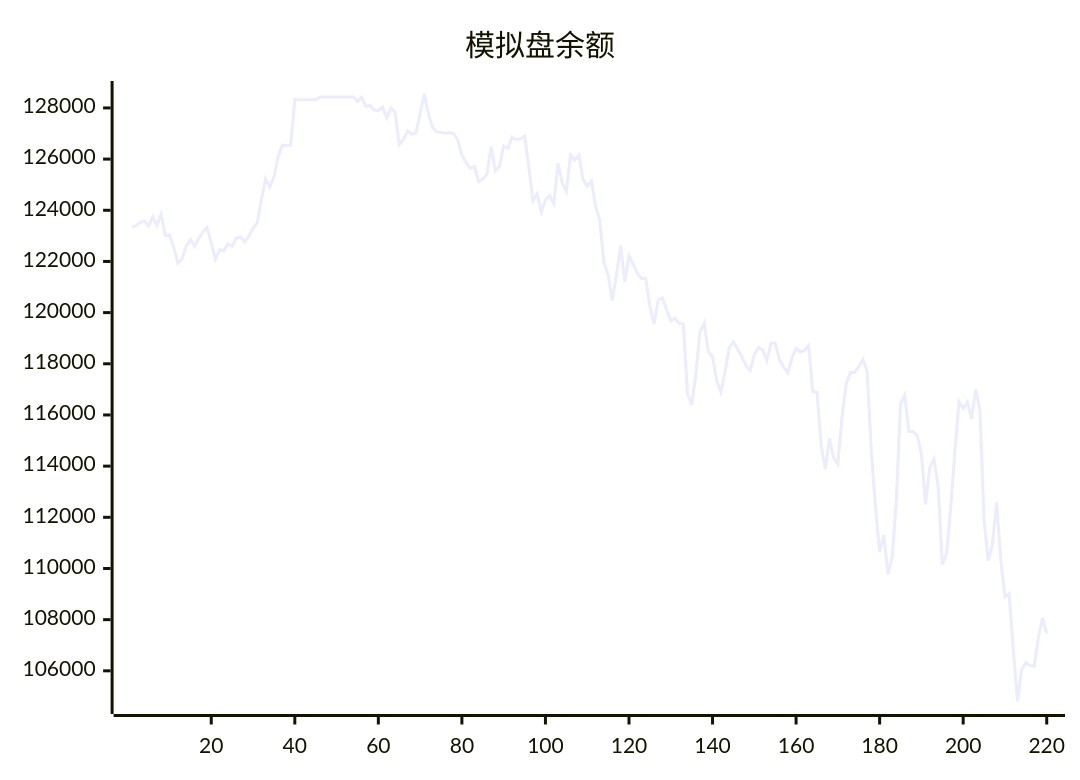
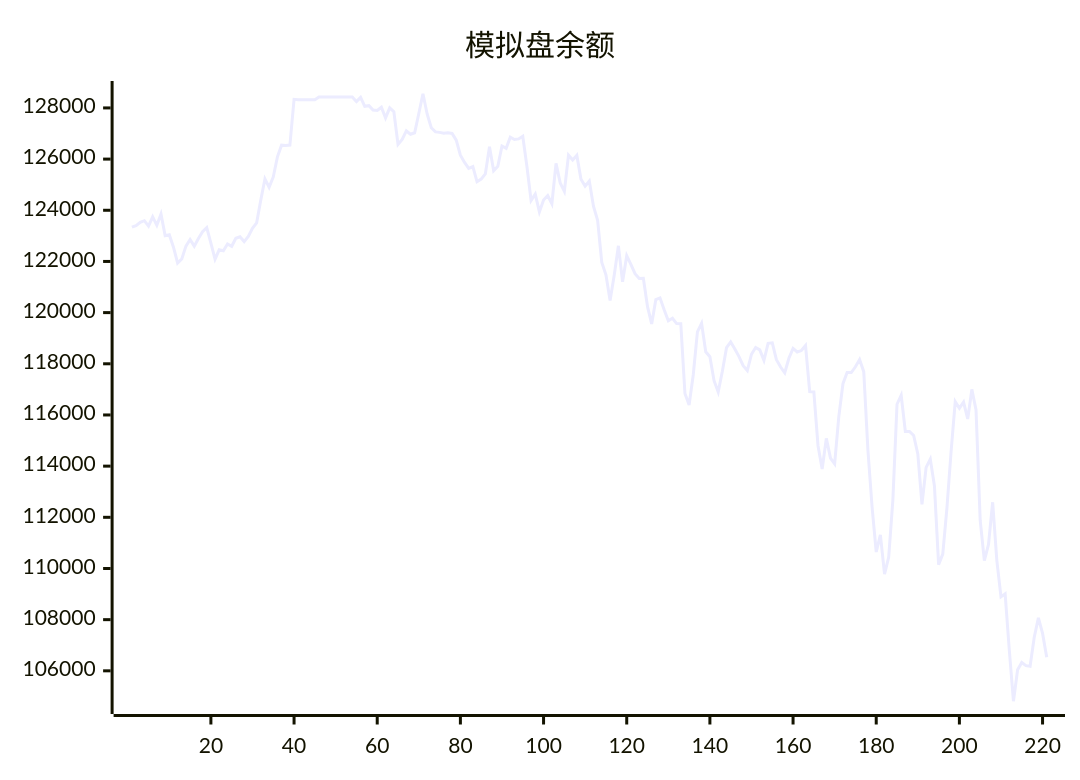
The diagram in README.md (aahl/ai-trading), drawn with Mermaid before and after one commit. The commit also changed other lines of this file and 1 other file, not shown here.

````diff
--- a/README.md
+++ b/README.md
@@ -5,5 +5,5 @@
 ```mermaid
 xychart
     title "模拟盘余额"
-    line [123338,123402,123530,123592,123378,123745,123413,123853,123009,123040,122557,121938,122095,122599,122856,122597,122898,123160,123319,122719,122087,122454,122416,122685,122592,122907,122961,122776,122981,123295,123507,124403,125224,124894,125303,126088,126544,126534,126549,128335,128318,128318,128318,128318,128318,128424,128424,128424,128424,128424,128424,128424,128424,128424,128247,128412,128062,128087,127917,127901,128026,127611,128000,127850,126572,126770,127100,126971,127029,127783,128554,127765,127224,127064,127044,127009,127025,127004,126738,126152,125871,125635,125707,125117,125217,125420,126480,125545,125715,126511,126424,126856,126764,126788,126890,125710,124381,124632,123936,124402,124574,124256,125833,125070,124739,126154,125966,126145,125213,124943,125143,124157,123604,121959,121476,120476,121470,122610,121201,122221,121889,121522,121332,121344,120232,119559,120513,120577,120108,119680,119777,119572,119568,116839,116392,117573,119250,119585,118469,118277,117338,116897,117706,118628,118849,118579,118280,117926,117735,118373,118639,118544,118136,118798,118819,118162,117874,117649,118215,118601,118463,118517,118713,116911,116899,114798,113887,115084,114313,114091,115934,117221,117658,117658,117883,118164,117693,114632,112403,110644,111313,109777,110444,112673,116419,116772,115355,115355,115198,114476,112510,113954,114276,113223,110151,110561,112361,114562,116522,116265,116500,115845,117000,116199,111887,110306,110942,112588,110318,108891,109011,106814,104811,106038,106327,106201,106180,107315,108068,107463]
+    line [123338,123402,123530,123592,123378,123745,123413,123853,123009,123040,122557,121938,122095,122599,122856,122597,122898,123160,123319,122719,122087,122454,122416,122685,122592,122907,122961,122776,122981,123295,123507,124403,125224,124894,125303,126088,126544,126534,126549,128335,128318,128318,128318,128318,128318,128424,128424,128424,128424,128424,128424,128424,128424,128424,128247,128412,128062,128087,127917,127901,128026,127611,128000,127850,126572,126770,127100,126971,127029,127783,128554,127765,127224,127064,127044,127009,127025,127004,126738,126152,125871,125635,125707,125117,125217,125420,126480,125545,125715,126511,126424,126856,126764,126788,126890,125710,124381,124632,123936,124402,124574,124256,125833,125070,124739,126154,125966,126145,125213,124943,125143,124157,123604,121959,121476,120476,121470,122610,121201,122221,121889,121522,121332,121344,120232,119559,120513,120577,120108,119680,119777,119572,119568,116839,116392,117573,119250,119585,118469,118277,117338,116897,117706,118628,118849,118579,118280,117926,117735,118373,118639,118544,118136,118798,118819,118162,117874,117649,118215,118601,118463,118517,118713,116911,116899,114798,113887,115084,114313,114091,115934,117221,117658,117658,117883,118164,117693,114632,112403,110644,111313,109777,110444,112673,116419,116772,115355,115355,115198,114476,112510,113954,114276,113223,110151,110561,112361,114562,116522,116265,116500,115845,117000,116199,111887,110306,110942,112588,110318,108891,109011,106814,104811,106038,106327,106201,106180,107315,108068,107463,106528]
 ```
````
